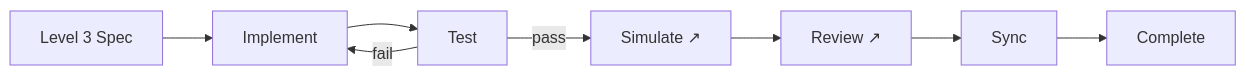
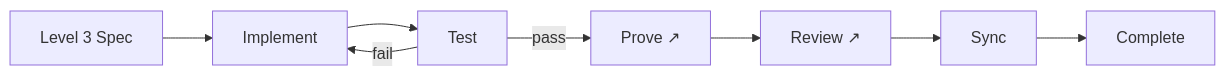
Before and after one commit to imtemp-dev/claude-bts: the third of 3 diagrams in README.md, drawn with Mermaid. The commit also changed other lines of this file and 26 other files, not shown here.

````diff
--- a/README.md
+++ b/README.md
@@ -94,6 +93,6 @@
 ```mermaid
 flowchart LR
     F["Level 3 Spec"] --> IMP["Implement"] --> T["Test"]
     T -->|"fail"| IMP
-    T -->|"pass"| SIM["Simulate ↗"] --> RV["Review ↗"] --> SY["Sync"] --> DONE["Complete"]
+    T -->|"pass"| PR["Prove ↗"] --> RV["Review ↗"] --> SY["Sync"] --> DONE["Complete"]
 ```
````
